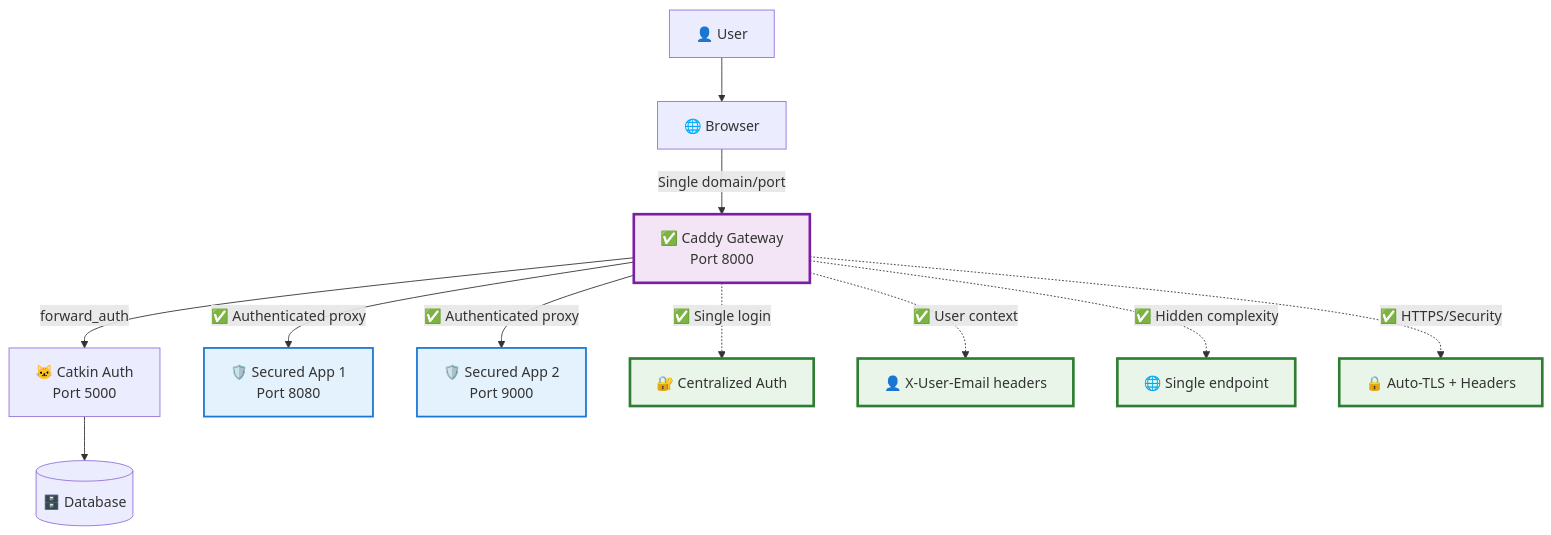
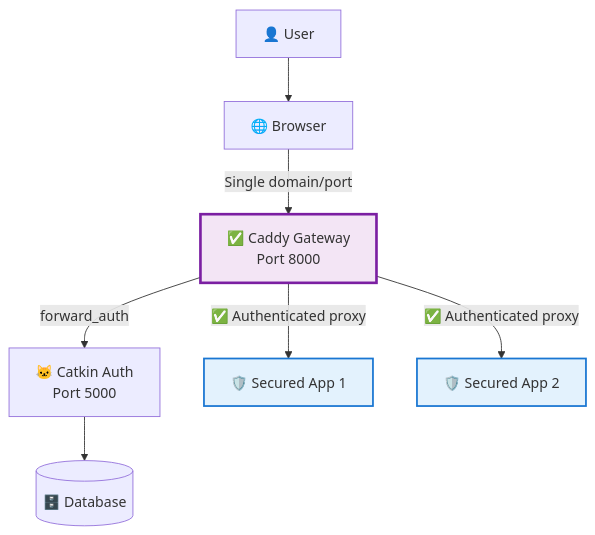
One commit to agritheory/catkin changed the sixth of 7 diagrams in caddy/docs/ARCHITECTURE.md. Above: the diagram before and after it, drawn with Mermaid. The commit also changed other lines of this file and 8 other files, not shown here.

````diff
--- a/caddy/docs/ARCHITECTURE.md
+++ b/caddy/docs/ARCHITECTURE.md
@@ -245,28 +241,22 @@
 ```mermaid
 graph TB
     %% Single entry point
     User[👤 User] --> Browser[🌐 Browser]
     Browser -->|Single domain/port| Caddy[✅ Caddy Gateway<br/>Port 8000]
 
     %% Centralized authentication
     Caddy -->|forward_auth| CatkinAuth[🐱 Catkin Auth<br/>Port 5000]
     CatkinAuth --> Database[(🗄️ Database)]
 
     %% Protected services
-    Caddy -->|✅ Authenticated proxy| SecuredApp1[🛡️ Secured App 1<br/>Port 8080]
-    Caddy -->|✅ Authenticated proxy| SecuredApp2[🛡️ Secured App 2<br/>Port 9000]
-
-    %% Solutions highlighted
-    Caddy -.->|✅ Single login| SolutionAuth[🔐 Centralized Auth]
-    Caddy -.->|✅ User context| SolutionContext[👤 X-User-Email headers]
-    Caddy -.->|✅ Hidden complexity| SolutionPorts[🌐 Single endpoint]
-    Caddy -.->|✅ HTTPS/Security| SolutionSecurity[🔒 Auto-TLS + Headers]
+    Caddy -->|✅ Authenticated proxy| SecuredApp1[🛡️ Secured App 1]
+    Caddy -->|✅ Authenticated proxy| SecuredApp2[🛡️ Secured App 2]
 
     classDef solutionStyle fill:#e8f5e8,stroke:#2e7d32,stroke-width:3px
     classDef securedStyle fill:#e3f2fd,stroke:#1976d2,stroke-width:2px
     classDef gatewayStyle fill:#f3e5f5,stroke:#7b1fa2,stroke-width:3px
 
     class SolutionAuth,SolutionContext,SolutionPorts,SolutionSecurity solutionStyle
     class SecuredApp1,SecuredApp2 securedStyle
     class Caddy gatewayStyle
 ```
````
